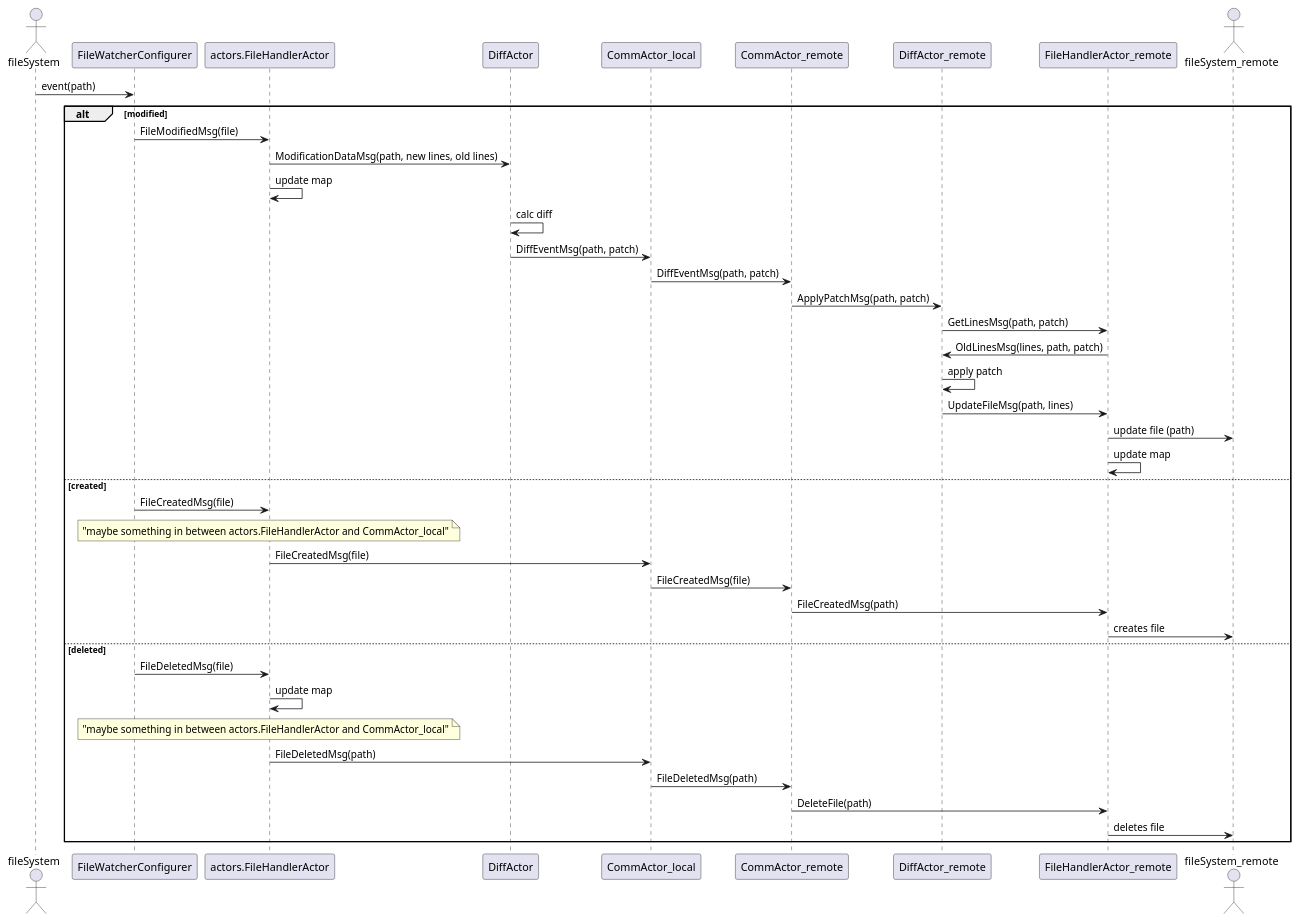
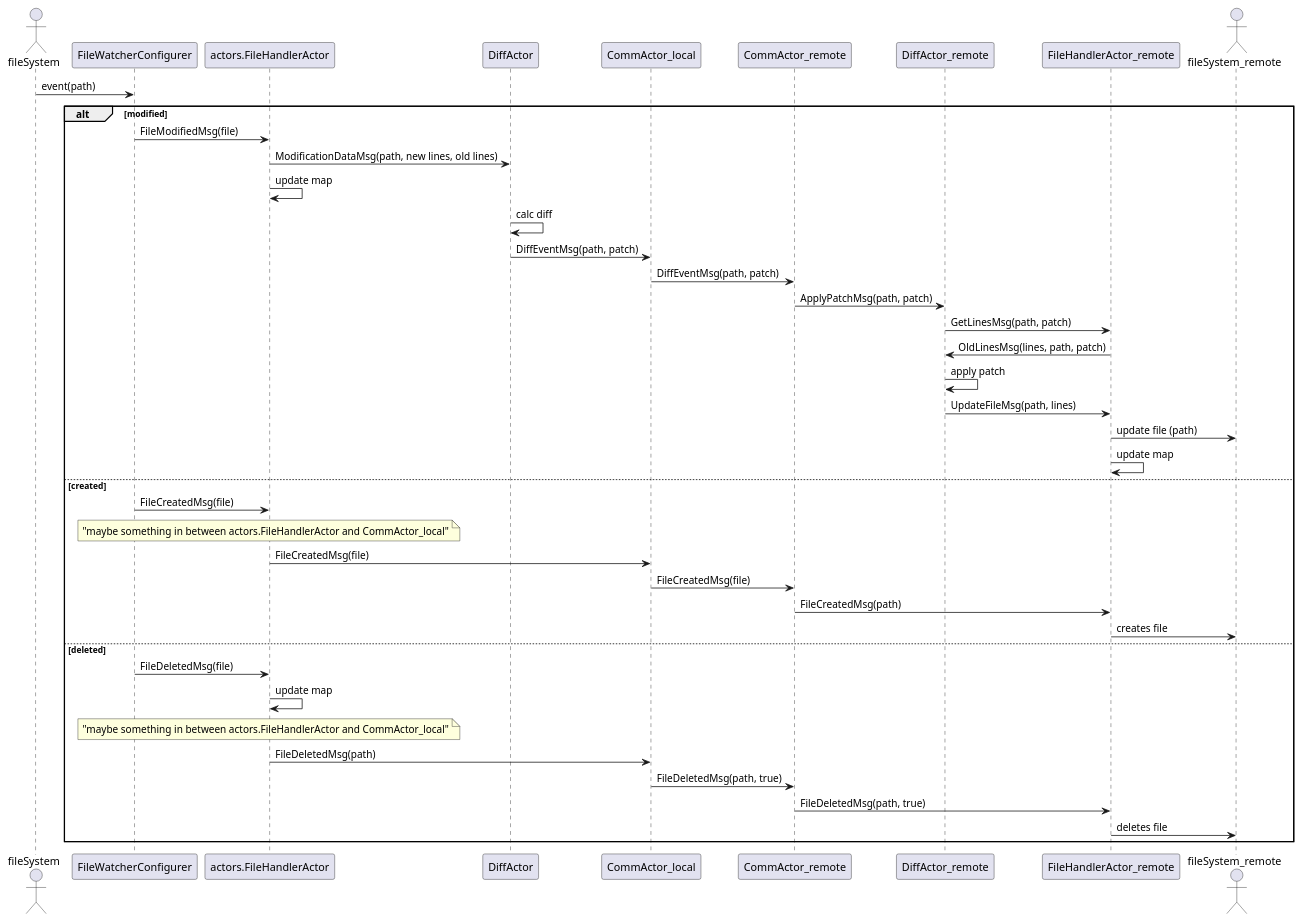
Before and after one commit to Goolue/fileSyncr: the diagram in docs/basicSeq.puml, drawn with PlantUML. The commit also changed 3 other files, not shown here.

```diff
--- a/docs/basicSeq.puml
+++ b/docs/basicSeq.puml
@@ -1,56 +1,56 @@
 @startuml
 	
 	actor fileSystem
 	participant FileWatcherConfigurer
 	participant actors.FileHandlerActor
 	participant DiffActor
 	participant CommActor_local
 	participant CommActor_remote
 	participant DiffActor_remote
 	participant FileHandlerActor_remote
 	actor fileSystem_remote
 
 	fileSystem -> FileWatcherConfigurer : event(path)
 	
 	alt modified
 		
 		FileWatcherConfigurer -> actors.FileHandlerActor : FileModifiedMsg(file)
 		actors.FileHandlerActor -> DiffActor : ModificationDataMsg(path, new lines, old lines)
 		actors.FileHandlerActor -> actors.FileHandlerActor : update map
 		DiffActor -> DiffActor : calc diff
 		DiffActor -> CommActor_local : DiffEventMsg(path, patch)
 		CommActor_local -> CommActor_remote : DiffEventMsg(path, patch)
 		CommActor_remote -> DiffActor_remote : ApplyPatchMsg(path, patch)
 		DiffActor_remote -> FileHandlerActor_remote : GetLinesMsg(path, patch)
 		FileHandlerActor_remote -> DiffActor_remote : OldLinesMsg(lines, path, patch)
 		DiffActor_remote -> DiffActor_remote : apply patch
 		DiffActor_remote -> FileHandlerActor_remote : UpdateFileMsg(path, lines)
 		FileHandlerActor_remote -> fileSystem_remote : update file (path)
 		FileHandlerActor_remote -> FileHandlerActor_remote : update map
 
 	else created
 
 		FileWatcherConfigurer -> actors.FileHandlerActor : FileCreatedMsg(file)
 		note over actors.FileHandlerActor
 			"maybe something in between actors.FileHandlerActor and CommActor_local"
 		endnote
 		actors.FileHandlerActor -> CommActor_local : FileCreatedMsg(file)
 		CommActor_local -> CommActor_remote : FileCreatedMsg(file)
 		CommActor_remote -> FileHandlerActor_remote : FileCreatedMsg(path)
 		FileHandlerActor_remote -> fileSystem_remote : creates file
 
 	else deleted
 
 		FileWatcherConfigurer -> actors.FileHandlerActor : FileDeletedMsg(file)
 		actors.FileHandlerActor -> actors.FileHandlerActor : update map
 		note over actors.FileHandlerActor
 			"maybe something in between actors.FileHandlerActor and CommActor_local"
 		endnote
 		actors.FileHandlerActor -> CommActor_local : FileDeletedMsg(path)
-		CommActor_local -> CommActor_remote : FileDeletedMsg(path)
-		CommActor_remote -> FileHandlerActor_remote : DeleteFile(path)
+		CommActor_local -> CommActor_remote : FileDeletedMsg(path, true)
+		CommActor_remote -> FileHandlerActor_remote : FileDeletedMsg(path, true)
 		FileHandlerActor_remote -> fileSystem_remote : deletes file
 
 	end
 
 @enduml
```
